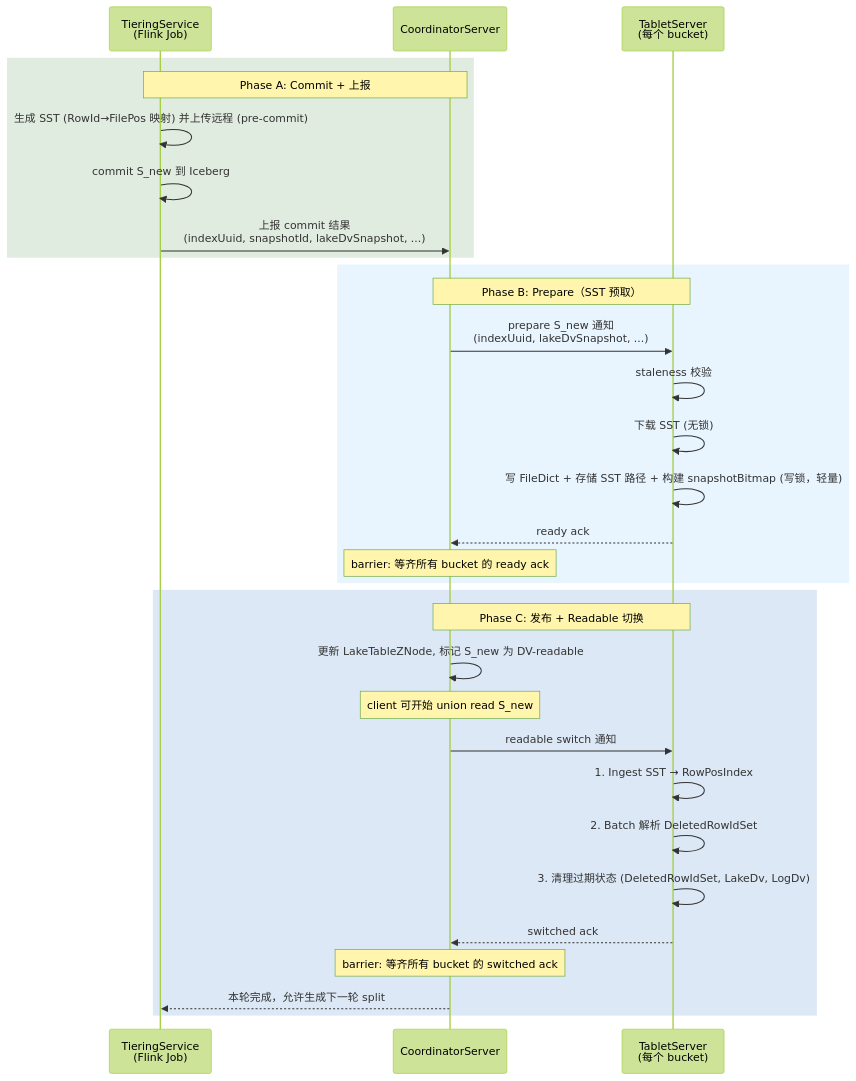
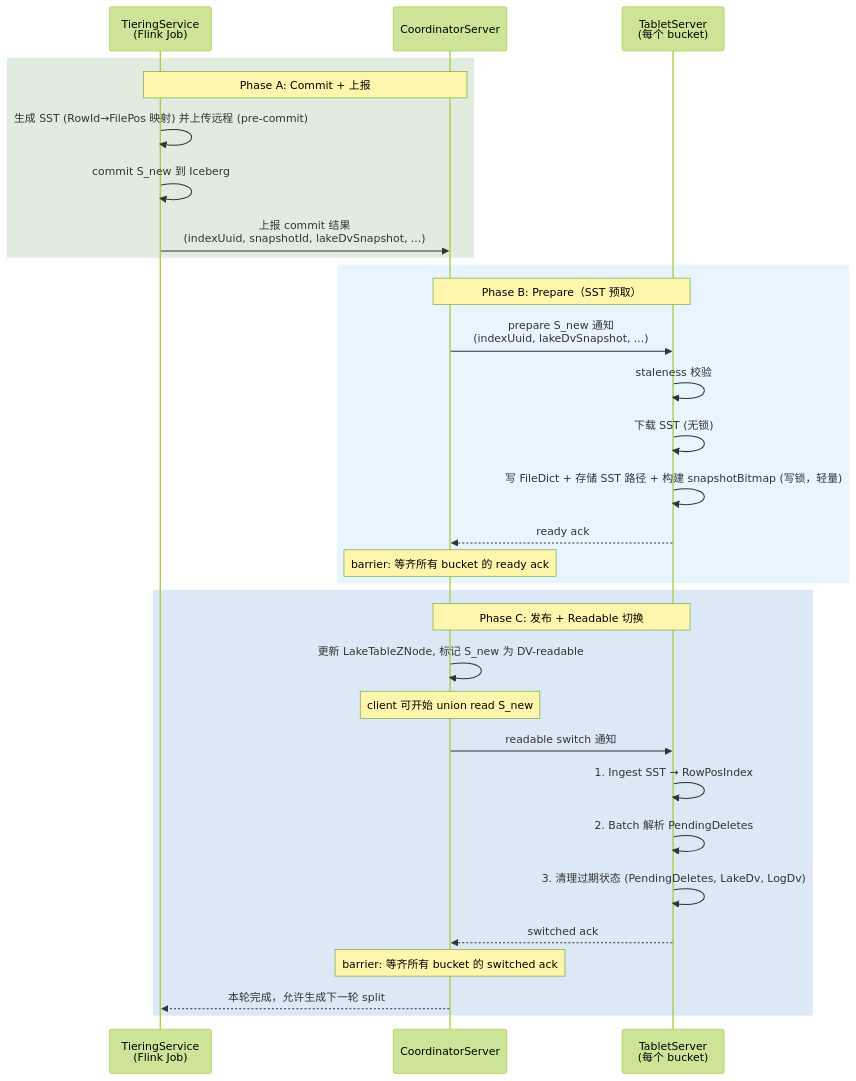
Diagram 14 of 28 in design-doc/fluss-deletion-vector-overview-v2.md (luoyuxia/fluss), drawn with Mermaid (forest theme) before and after one commit. The commit also changed other lines of this file and 1 other file, not shown here.

````diff
--- a/design-doc/fluss-deletion-vector-overview-v2.md
+++ b/design-doc/fluss-deletion-vector-overview-v2.md
@@ -330,36 +328,36 @@
 ```mermaid
 sequenceDiagram
     participant TS as TieringService<br/>(Flink Job)
     participant CS as CoordinatorServer
     participant TB as TabletServer<br/>(每个 bucket)
 
     rect rgba(46, 125, 50, 0.15)
         Note over TS,CS: Phase A: Commit + 上报
         TS->>TS: 生成 SST (RowId→FilePos 映射) 并上传远程 (pre-commit)
         TS->>TS: commit S_new 到 Iceberg
         TS->>CS: 上报 commit 结果<br/>(indexUuid, snapshotId, lakeDvSnapshot, ...)
     end
 
     rect rgba(100, 181, 246, 0.15)
         Note over CS,TB: Phase B: Prepare（SST 预取）
         CS->>TB: prepare S_new 通知<br/>(indexUuid, lakeDvSnapshot, ...)
         TB->>TB: staleness 校验
         TB->>TB: 下载 SST (无锁)
         TB->>TB: 写 FileDict + 存储 SST 路径 + 构建 snapshotBitmap (写锁，轻量)
         TB-->>CS: ready ack
         Note over CS: barrier: 等齐所有 bucket 的 ready ack
     end
 
     rect rgba(21, 101, 192, 0.15)
         Note over CS,TB: Phase C: 发布 + Readable 切换
         CS->>CS: 更新 LakeTableZNode, 标记 S_new 为 DV-readable
         Note over CS: client 可开始 union read S_new
         CS->>TB: readable switch 通知
         TB->>TB: 1. Ingest SST → RowPosIndex
-        TB->>TB: 2. Batch 解析 DeletedRowIdSet
-        TB->>TB: 3. 清理过期状态 (DeletedRowIdSet, LakeDv, LogDv)
+        TB->>TB: 2. Batch 解析 PendingDeletes
+        TB->>TB: 3. 清理过期状态 (PendingDeletes, LakeDv, LogDv)
         TB-->>CS: switched ack
         Note over CS: barrier: 等齐所有 bucket 的 switched ack
         CS-->>TS: 本轮完成，允许生成下一轮 split
     end
 ```
````
